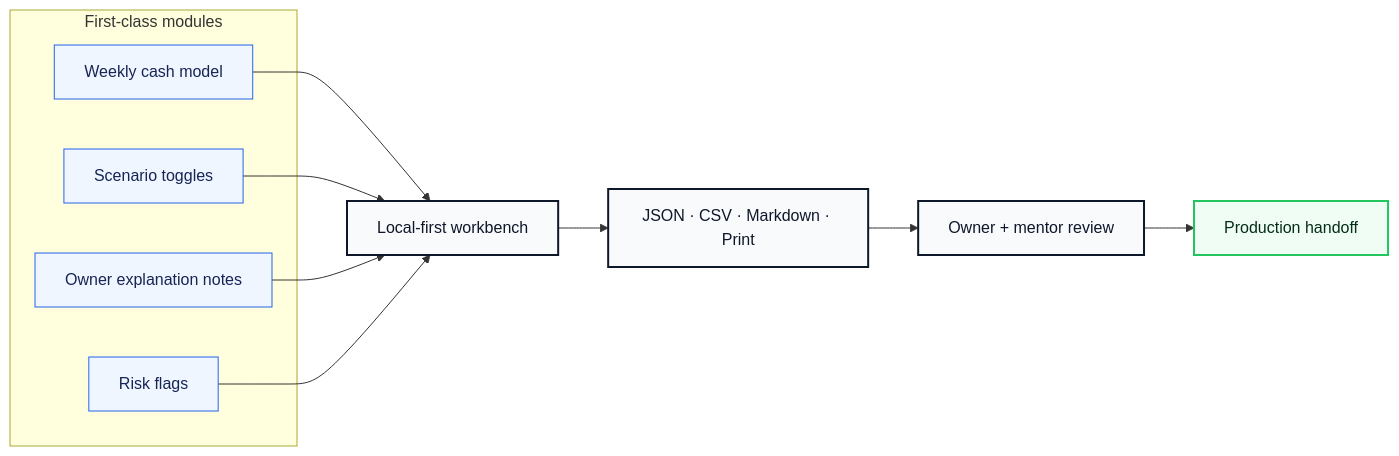
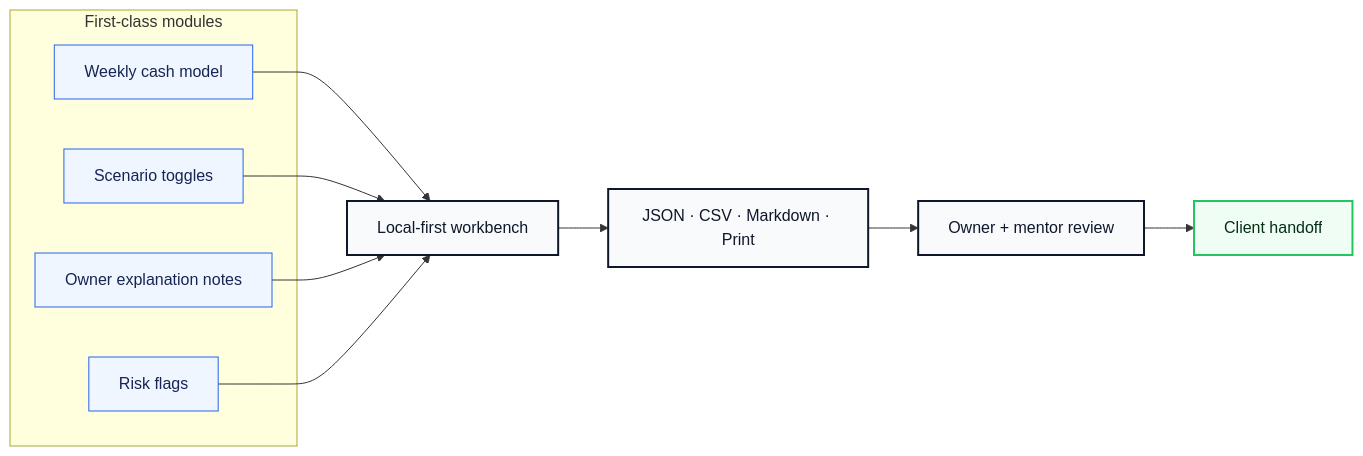
One commit to volta-npo/micro-cashflow-forecast changed the second of 3 diagrams in README.md. Above: the diagram before and after it, drawn with Mermaid. The commit also changed other lines of this file and 28 other files, not shown here.

````diff
--- a/README.md
+++ b/README.md
@@ -64,23 +64,23 @@
 ```mermaid
 flowchart LR
     subgraph Modules["First-class modules"]
         M1["Weekly cash model"]
         M2["Scenario toggles"]
         M3["Owner explanation notes"]
         M4["Risk flags"]
     end
     M1 --> Workbench
     M2 --> Workbench
     M3 --> Workbench
     M4 --> Workbench
     Workbench["Local-first workbench"] --> Exports["JSON · CSV · Markdown · Print"]
     Exports --> Review["Owner + mentor review"]
-    Review --> Launch["Production handoff"]
+    Review --> Launch["Client handoff"]
 
     classDef module fill:#eff6ff,stroke:#2563eb,color:#172554;
     classDef app fill:#f8fafc,stroke:#0f172a,color:#0f172a,stroke-width:2px;
     classDef launch fill:#f0fdf4,stroke:#22c55e,color:#052e16,stroke-width:2px;
     class M1,M2,M3,M4 module;
     class Workbench,Exports,Review app;
     class Launch launch;
 ```
````
